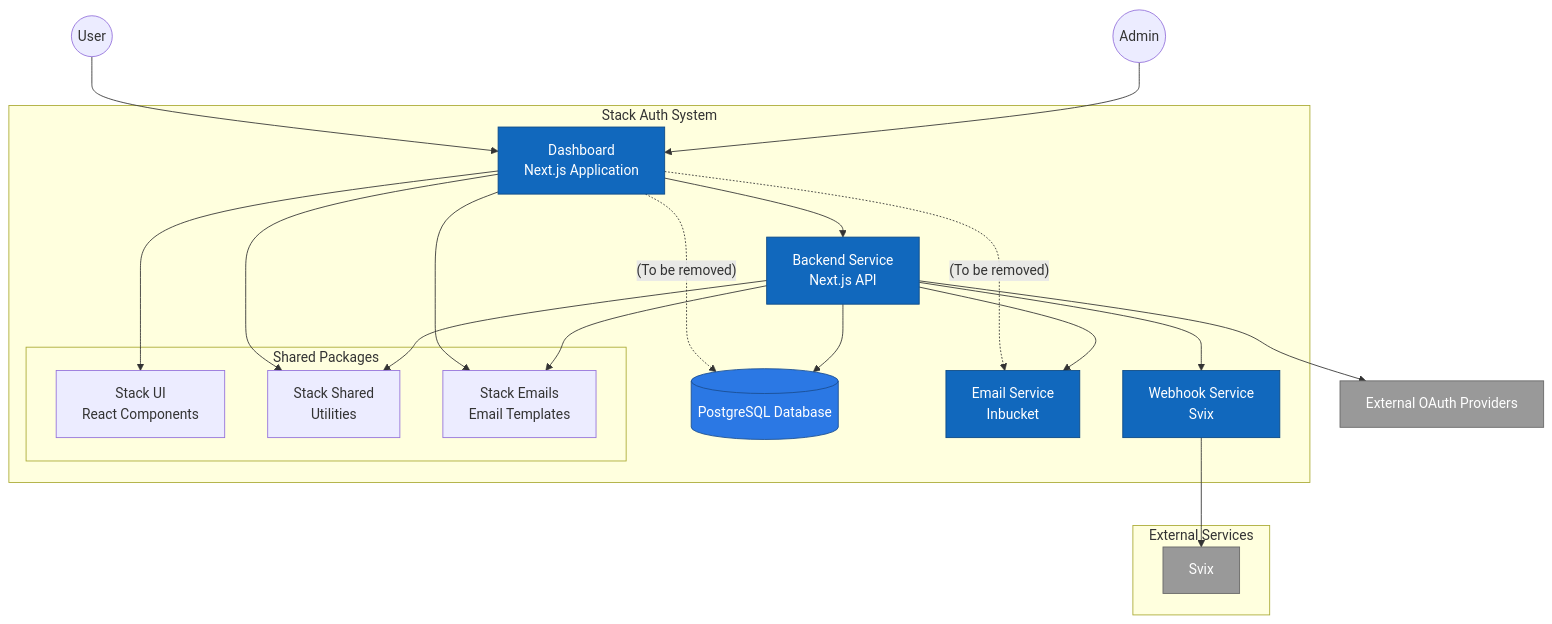
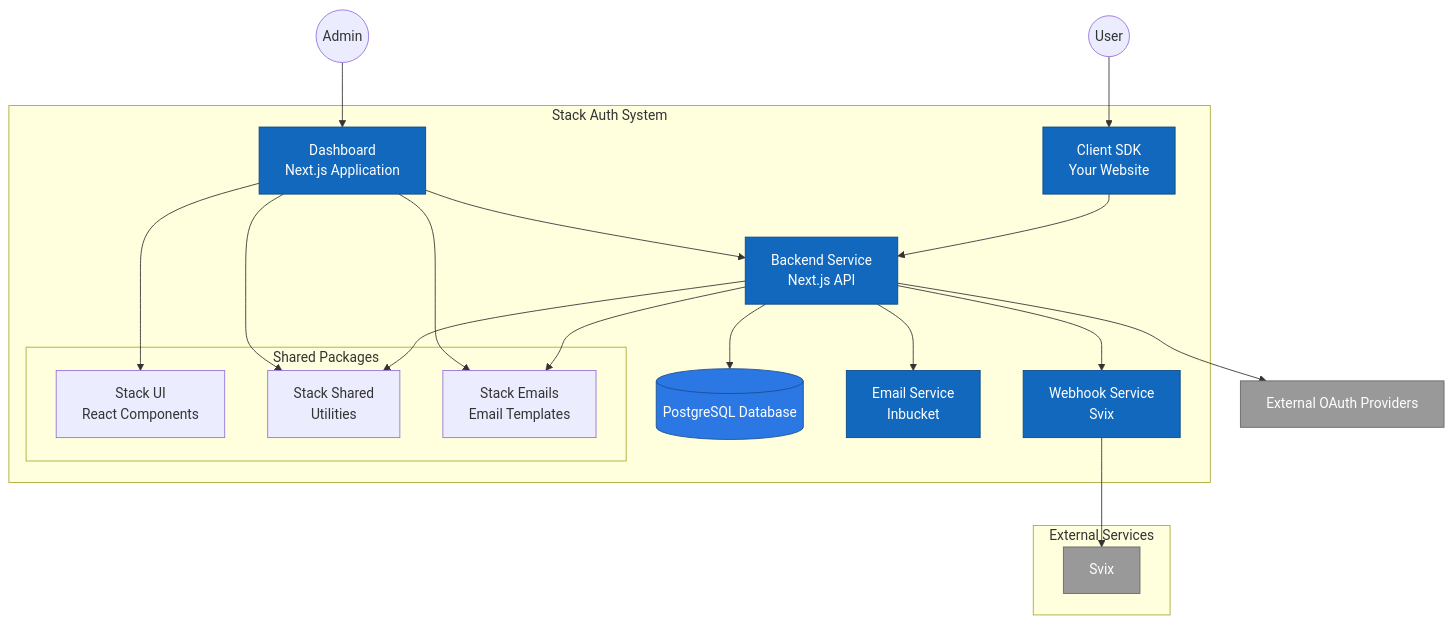
The diagram in README.md (stack-auth/stack), drawn with Mermaid before and after one commit.

````diff
--- a/README.md
+++ b/README.md
@@ -148,43 +148,43 @@
 ```mermaid
   graph TB
       User((User))
       Admin((Admin))
       subgraph "Stack Auth System"
+          Client[Client SDK<br/>Your Website]
           Dashboard[Dashboard<br/>Next.js Application]
           Backend[Backend Service<br/>Next.js API]
           Database[(PostgreSQL Database)]
           EmailService[Email Service<br/>Inbucket]
           WebhookService[Webhook Service<br/>Svix]
           subgraph "Shared Packages"
               StackUI[Stack UI<br/>React Components]
               StackShared[Stack Shared<br/>Utilities]
               StackEmails[Stack Emails<br/>Email Templates]
           end
       end
       ExternalOAuth[External OAuth Providers]
-      User --> Dashboard
       Admin --> Dashboard
       Dashboard --> Backend
-      Dashboard -.-> |"(To be removed)"| Database
-      Dashboard -.-> |"(To be removed)"| EmailService
+      User --> Client
+      Client --> Backend
       Backend --> Database
       Backend --> EmailService
       Backend --> WebhookService
       Backend --> ExternalOAuth
       Dashboard --> StackUI
       Dashboard --> StackShared
       Dashboard --> StackEmails
       Backend --> StackShared
       Backend --> StackEmails
       subgraph "External Services"
           Svix[Svix]
           WebhookService --> Svix
       end
       classDef container fill:#1168bd,stroke:#0b4884,color:#ffffff
       classDef database fill:#2b78e4,stroke:#1a4d91,color:#ffffff
       classDef external fill:#999999,stroke:#666666,color:#ffffff
       classDef deprecated stroke-dasharray: 5 5
-      class Dashboard,Backend,EmailService,WebhookService container
+      class Dashboard,Backend,Client,EmailService,WebhookService container
       class Database database
       class ExternalOAuth,Svix external
 ```
````
